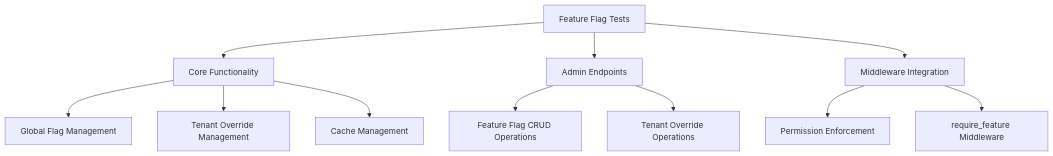
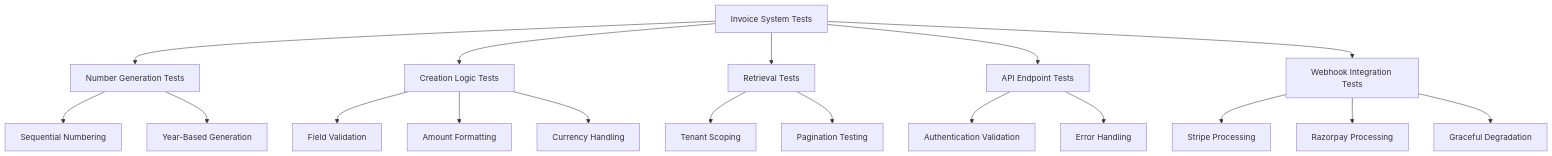
One commit to Revanththetalogics/aireume changed diagram 12 of 18 in .qoder/repowiki/en/content/Testing Strategy.md. Above: the diagram before and after it, drawn with Mermaid. The commit also changed other lines of this file and 14 other files, not shown here.

````diff
--- a/.qoder/repowiki/en/content/Testing Strategy.md
+++ b/.qoder/repowiki/en/content/Testing Strategy.md
@@ -840,13 +903,20 @@
 ```mermaid
 flowchart TD
-FeatureFlagTests["Feature Flag Tests"] --> Core["Core Functionality"]
-FeatureFlagTests --> Admin["Admin Endpoints"]
-FeatureFlagTests --> Middleware["Middleware Integration"]
-Core --> GlobalFlags["Global Flag Management"]
-Core --> TenantOverrides["Tenant Override Management"]
-Core --> Cache["Cache Management"]
-Admin --> CRUD["Feature Flag CRUD Operations"]
-Admin --> Overrides["Tenant Override Operations"]
-Middleware --> Permission["Permission Enforcement"]
-Middleware --> RequireFeature["require_feature Middleware"]
+InvoiceTests["Invoice System Tests"] --> NumberGen["Number Generation Tests"]
+InvoiceTests --> Creation["Creation Logic Tests"]
+InvoiceTests --> Retrieval["Retrieval Tests"]
+InvoiceTests --> API["API Endpoint Tests"]
+InvoiceTests --> Webhooks["Webhook Integration Tests"]
+NumberGen --> Sequential["Sequential Numbering"]
+NumberGen --> YearBased["Year-Based Generation"]
+Creation --> FieldValidation["Field Validation"]
+Creation --> AmountFormatting["Amount Formatting"]
+Creation --> CurrencyHandling["Currency Handling"]
+Retrieval --> TenantScoping["Tenant Scoping"]
+Retrieval --> Pagination["Pagination Testing"]
+API --> AuthValidation["Authentication Validation"]
+API --> ErrorHandling["Error Handling"]
+Webhooks --> StripeProcessing["Stripe Processing"]
+Webhooks --> RazorpayProcessing["Razorpay Processing"]
+Webhooks --> GracefulDegradation["Graceful Degradation"]
 ```
````
